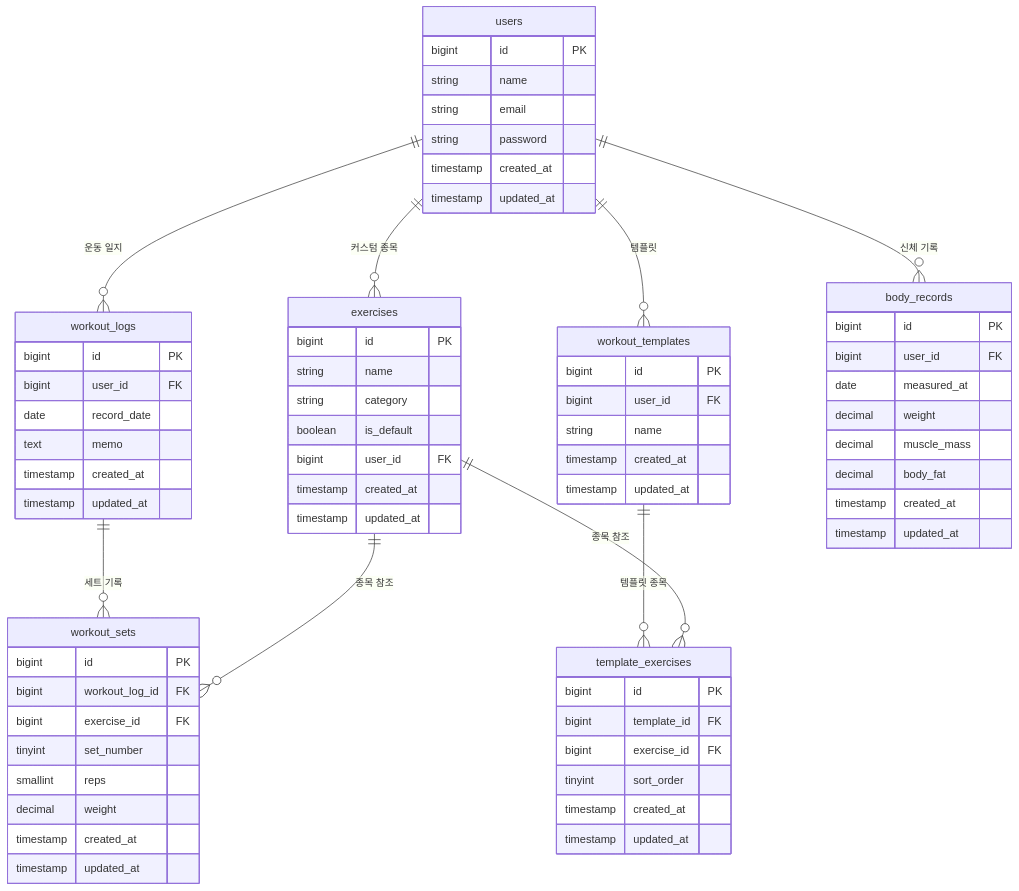
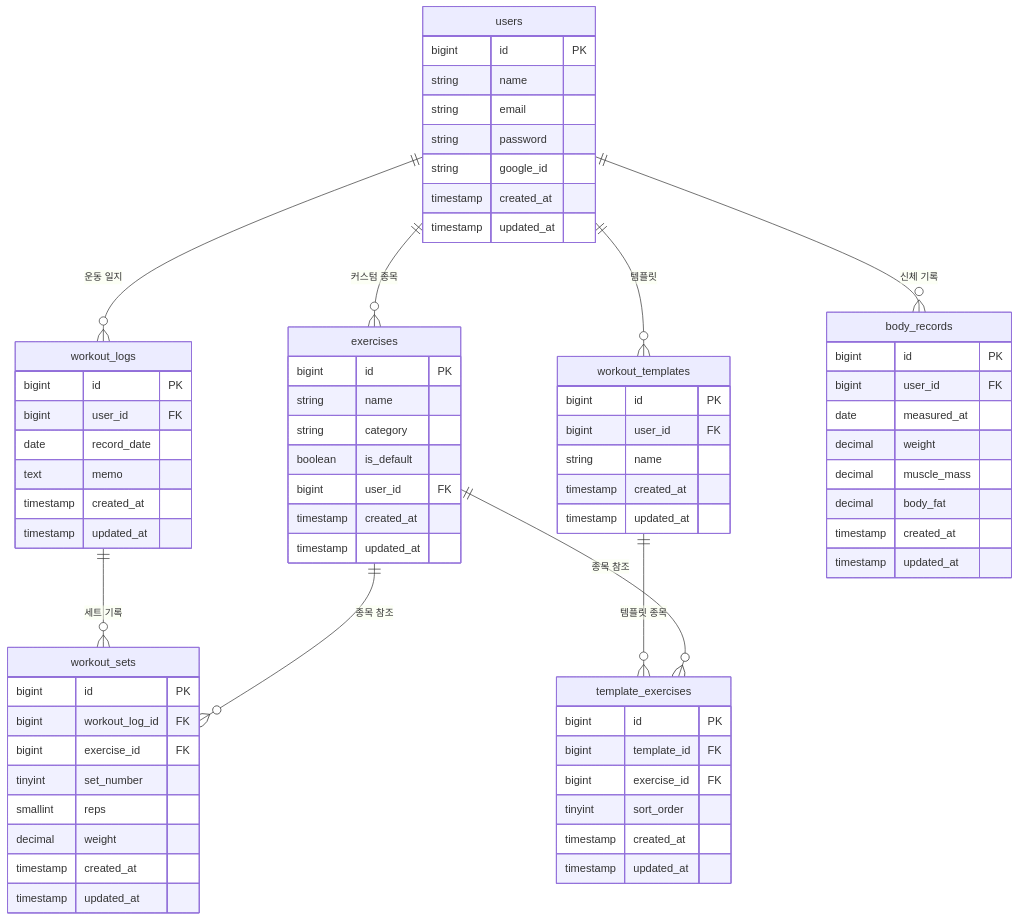
Before and after one commit to HSeung03/replog: the diagram in README.md, drawn with Mermaid. The commit also changed other lines of this file, not shown here.

````diff
--- a/README.md
+++ b/README.md
@@ -69,72 +75,73 @@
 ```mermaid
 erDiagram
     users {
         bigint id PK
         string name
         string email
         string password
+        string google_id
         timestamp created_at
         timestamp updated_at
     }
     exercises {
         bigint id PK
         string name
         string category
         boolean is_default
         bigint user_id FK
         timestamp created_at
         timestamp updated_at
     }
     workout_logs {
         bigint id PK
         bigint user_id FK
         date record_date
         text memo
         timestamp created_at
         timestamp updated_at
     }
     workout_sets {
         bigint id PK
         bigint workout_log_id FK
         bigint exercise_id FK
         tinyint set_number
         smallint reps
         decimal weight
         timestamp created_at
         timestamp updated_at
     }
     workout_templates {
         bigint id PK
         bigint user_id FK
         string name
         timestamp created_at
         timestamp updated_at
     }
     template_exercises {
         bigint id PK
         bigint template_id FK
         bigint exercise_id FK
         tinyint sort_order
         timestamp created_at
         timestamp updated_at
     }
     body_records {
         bigint id PK
         bigint user_id FK
         date measured_at
         decimal weight
         decimal muscle_mass
         decimal body_fat
         timestamp created_at
         timestamp updated_at
     }
 
     users ||--o{ exercises : "커스텀 종목"
     users ||--o{ workout_logs : "운동 일지"
     users ||--o{ workout_templates : "템플릿"
     users ||--o{ body_records : "신체 기록"
     workout_logs ||--o{ workout_sets : "세트 기록"
     exercises ||--o{ workout_sets : "종목 참조"
     workout_templates ||--o{ template_exercises : "템플릿 종목"
     exercises ||--o{ template_exercises : "종목 참조"
 ```
````
